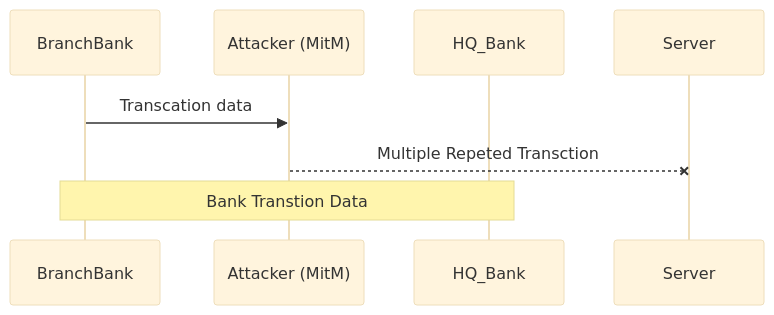
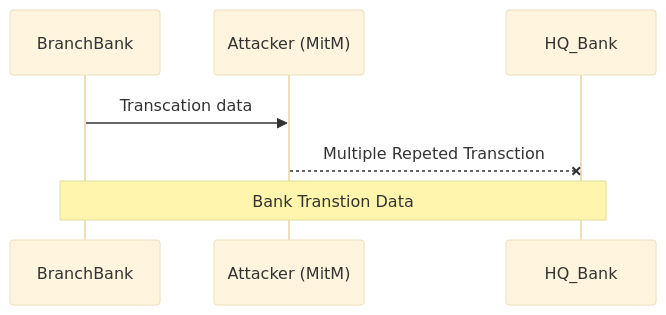
The fourth of 4 diagrams in README.md (Rajeev-Tamang/OpenSSL), drawn with Mermaid (base theme) before and after one commit.

````diff
--- a/README.md
+++ b/README.md
@@ -75,10 +75,10 @@
 ```mermaid
 sequenceDiagram
     participant BranchBank as BranchBank
     participant Attacker as Attacker (MitM)
     participant HQ_Bank as HQ_Bank
 
     BranchBank->>Attacker: Transcation data
-    Attacker--xServer: Multiple Repeted Transction
+    Attacker--xHQ_Bank: Multiple Repeted Transction
     Note over BranchBank,HQ_Bank: Bank Transtion Data
 ```
````
